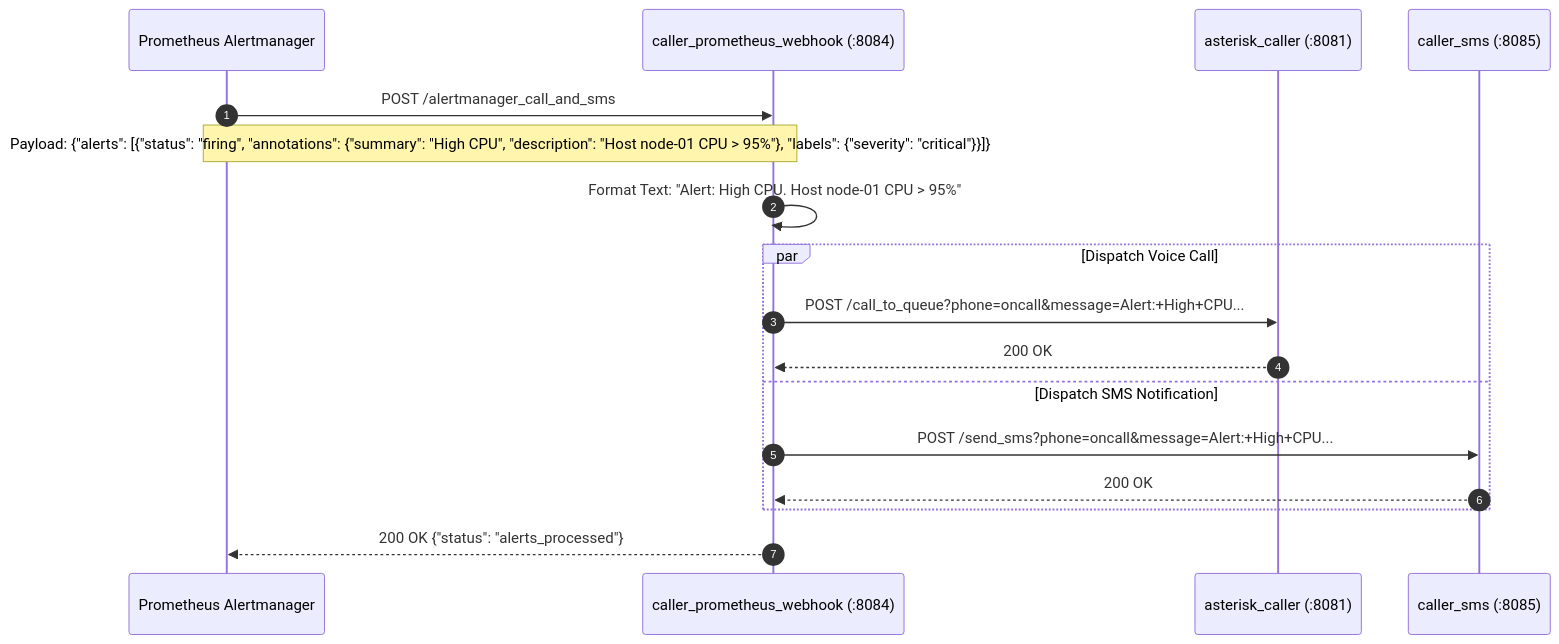
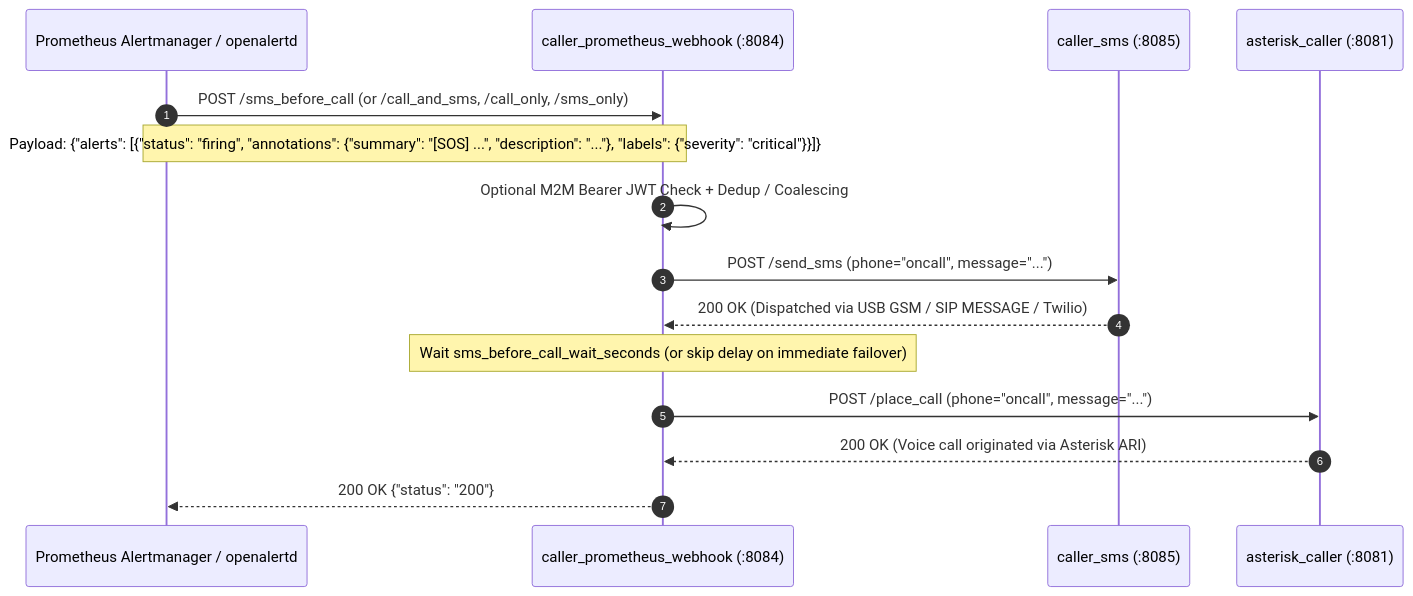
One commit to jcfdeb/py-phone-caller changed the sixth of 10 diagrams in docs/architecture-and-call-flows.md. Above: the diagram before and after it, drawn with Mermaid. The commit also changed other lines of this file and 29 other files, not shown here.

````diff
--- a/docs/architecture-and-call-flows.md
+++ b/docs/architecture-and-call-flows.md
@@ -314,23 +339,22 @@
 ```mermaid
 sequenceDiagram
     autonumber
-    participant Prom as Prometheus Alertmanager
+    participant Source as Prometheus Alertmanager / openalertd
     participant CPW as caller_prometheus_webhook (:8084)
+    participant SMS as caller_sms (:8085)
     participant AC as asterisk_caller (:8081)
-    participant SMS as caller_sms (:8085)
 
-    Prom->>CPW: POST /alertmanager_call_and_sms
-    Note over Prom,CPW: Payload: {"alerts": [{"status": "firing", "annotations": {"summary": "High CPU", "description": "Host node-01 CPU > 95%"}, "labels": {"severity": "critical"}}]}
+    Source->>CPW: POST /sms_before_call (or /call_and_sms, /call_only, /sms_only)
+    Note over Source,CPW: Payload: {"alerts": [{"status": "firing", "annotations": {"summary": "[SOS] ...", "description": "..."}, "labels": {"severity": "critical"}}]}
 
-    CPW->>CPW: Format Text: "Alert: High CPU. Host node-01 CPU > 95%"
-    
-    par Dispatch Voice Call
-        CPW->>AC: POST /call_to_queue?phone=oncall&message=Alert:+High+CPU...
-        AC-->>CPW: 200 OK
-    and Dispatch SMS Notification
-        CPW->>SMS: POST /send_sms?phone=oncall&message=Alert:+High+CPU...
-        SMS-->>CPW: 200 OK
-    end
+    CPW->>CPW: Optional M2M Bearer JWT Check + Dedup / Coalescing
+    CPW->>SMS: POST /send_sms (phone="oncall", message="...")
+    SMS-->>CPW: 200 OK (Dispatched via USB GSM / SIP MESSAGE / Twilio)
 
-    CPW-->>Prom: 200 OK {"status": "alerts_processed"}
+    Note over CPW: Wait sms_before_call_wait_seconds (or skip delay on immediate failover)
+
+    CPW->>AC: POST /place_call (phone="oncall", message="...")
+    AC-->>CPW: 200 OK (Voice call originated via Asterisk ARI)
+
+    CPW-->>Source: 200 OK {"status": "200"}
 ```
````
